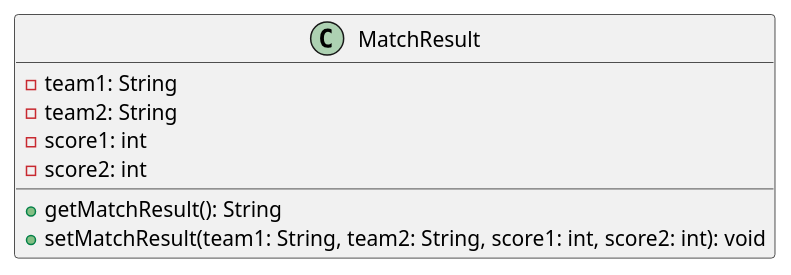
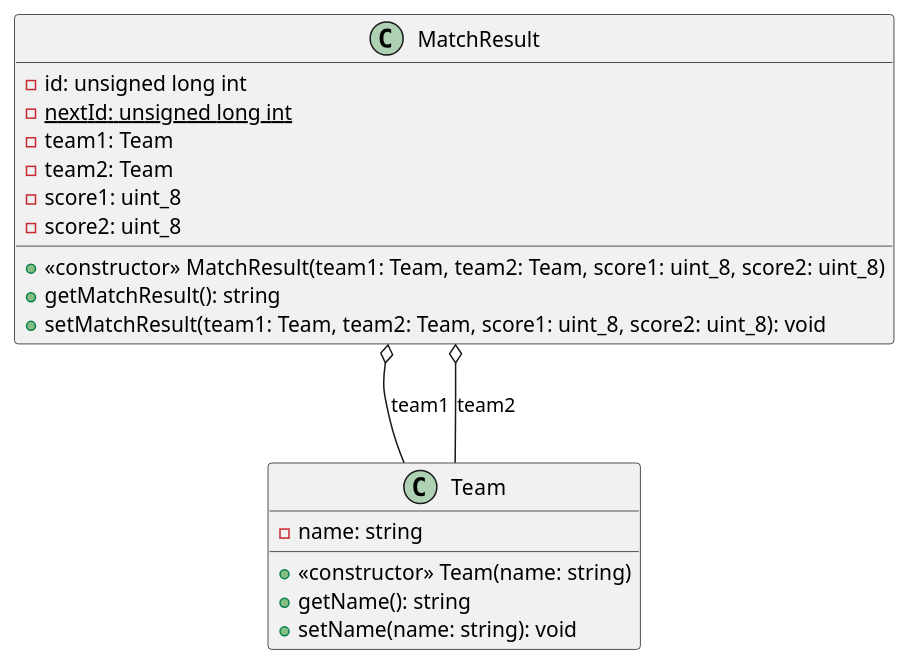
Before and after one commit to viniciusmioto/finta: the diagram in project/init-classes.puml, drawn with PlantUML. The commit also changed 8 other files, not shown here.

```diff
--- a/project/init-classes.puml
+++ b/project/init-classes.puml
@@ -1,13 +1,27 @@
-@startuml
+@startuml name "finta"
 
 class MatchResult {
-  - team1: String
-  - team2: String
-  - score1: int
-  - score2: int
+  - id: unsigned long int
+  - {static} nextId: unsigned long int
+  - team1: Team
+  - team2: Team
+  - score1: uint_8
+  - score2: uint_8
 
-  + getMatchResult(): String
-  + setMatchResult(team1: String, team2: String, score1: int, score2: int): void
+  + <<constructor>> MatchResult(team1: Team, team2: Team, score1: uint_8, score2: uint_8)
+  + getMatchResult(): string
+  + setMatchResult(team1: Team, team2: Team, score1: uint_8, score2: uint_8): void
 }
 
+class Team {
+  - name: string
+  
+  + <<constructor>> Team(name: string)
+  + getName(): string
+  + setName(name: string): void
+}
+
+MatchResult o-- Team : team1
+MatchResult o-- Team : team2
+
 @enduml
```
